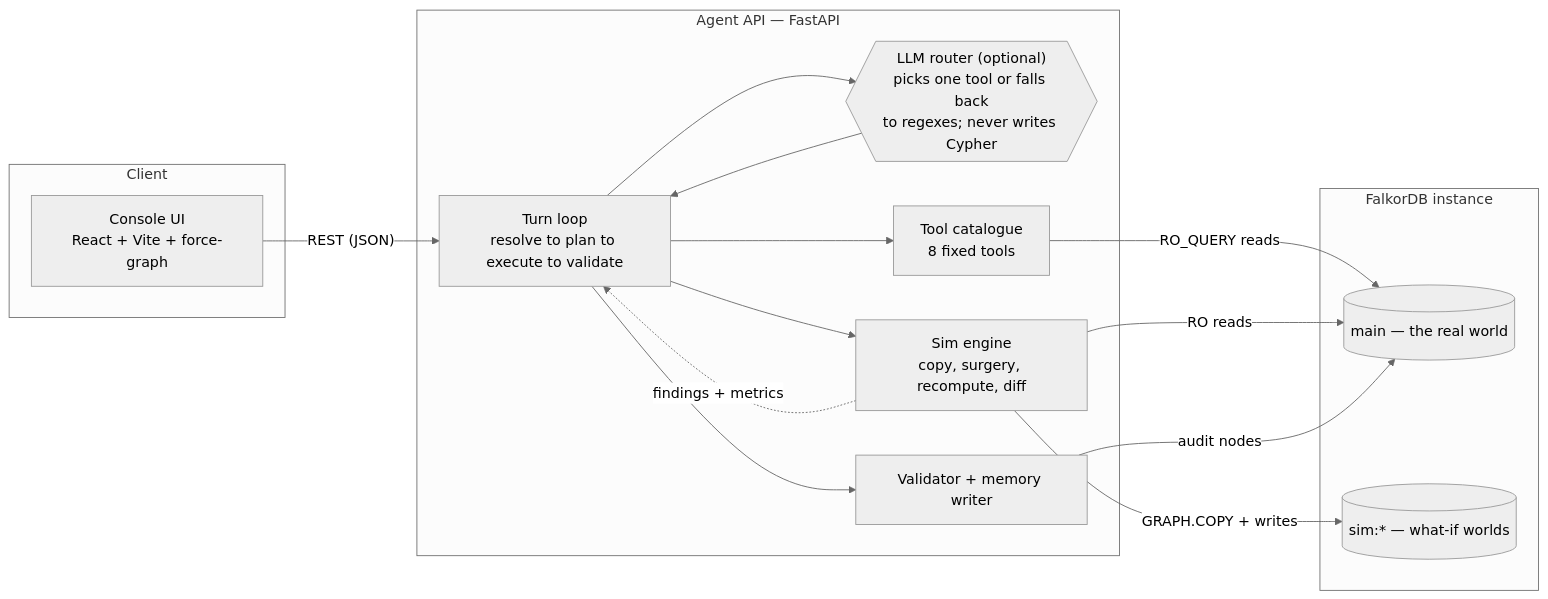
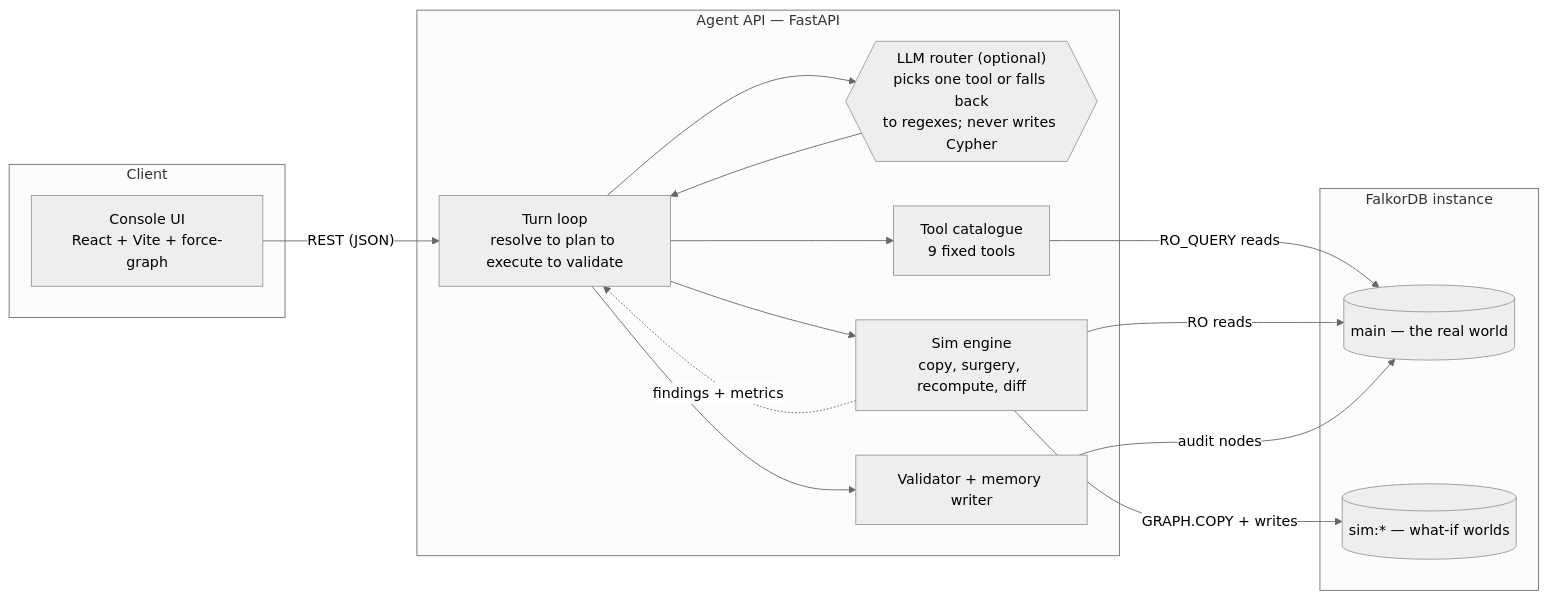
Before and after one commit to devnamrits/BusFactor: the first of 5 diagrams in README.md, drawn with Mermaid (neutral theme). The commit also changed other lines of this file and 2 other files, not shown here.

Commit message:
Submission-ready docs: 9-tool counts, outcome names, MIT license

````diff
--- a/README.md
+++ b/README.md
@@ -104,28 +104,28 @@
 ```mermaid
 flowchart LR
   subgraph Client
     UI["Console UI<br/>React + Vite + force-graph"]
   end
   subgraph Server["Agent API — FastAPI"]
     ROUTER["Turn loop<br/>resolve to plan to execute to validate"]
     LLM{{"LLM router (optional)<br/>picks one tool or falls back<br/>to regexes; never writes Cypher"}}
-    TOOLS["Tool catalogue<br/>8 fixed tools"]
+    TOOLS["Tool catalogue<br/>9 fixed tools"]
     SIM["Sim engine<br/>copy, surgery, recompute, diff"]
     VAL["Validator + memory writer"]
   end
   subgraph Data["FalkorDB instance"]
     MAIN[("main — the real world")]
     WORLDS[("sim:* — what-if worlds")]
   end
   UI -->|"REST (JSON)"| ROUTER
   ROUTER --> LLM
   LLM --> ROUTER
   ROUTER --> TOOLS
   ROUTER --> SIM
   TOOLS -->|"RO_QUERY reads"| MAIN
   SIM -->|"GRAPH.COPY + writes"| WORLDS
   SIM -->|"RO reads"| MAIN
   SIM -.->|"findings + metrics"| ROUTER
   ROUTER --> VAL
   VAL -->|"audit nodes"| MAIN
 ```
````
